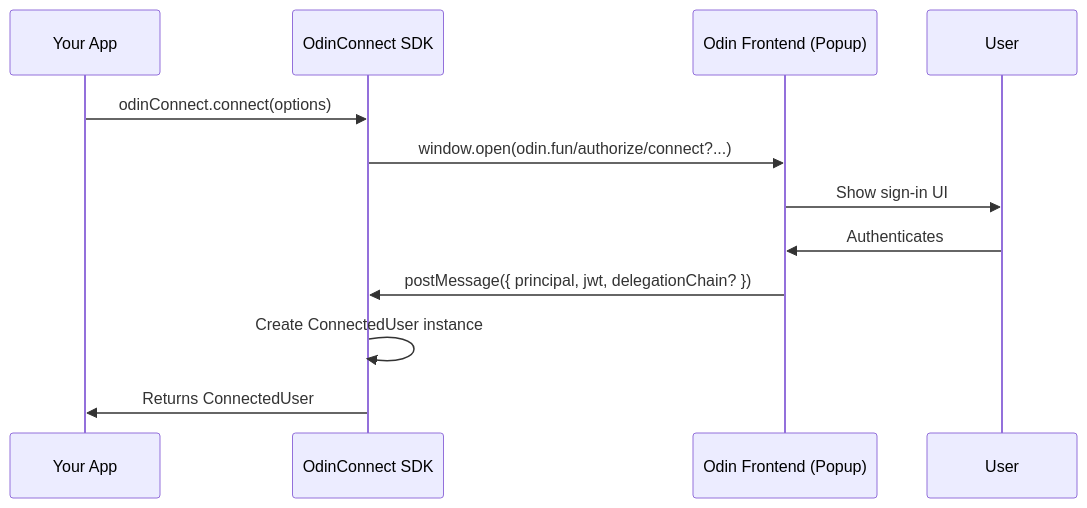
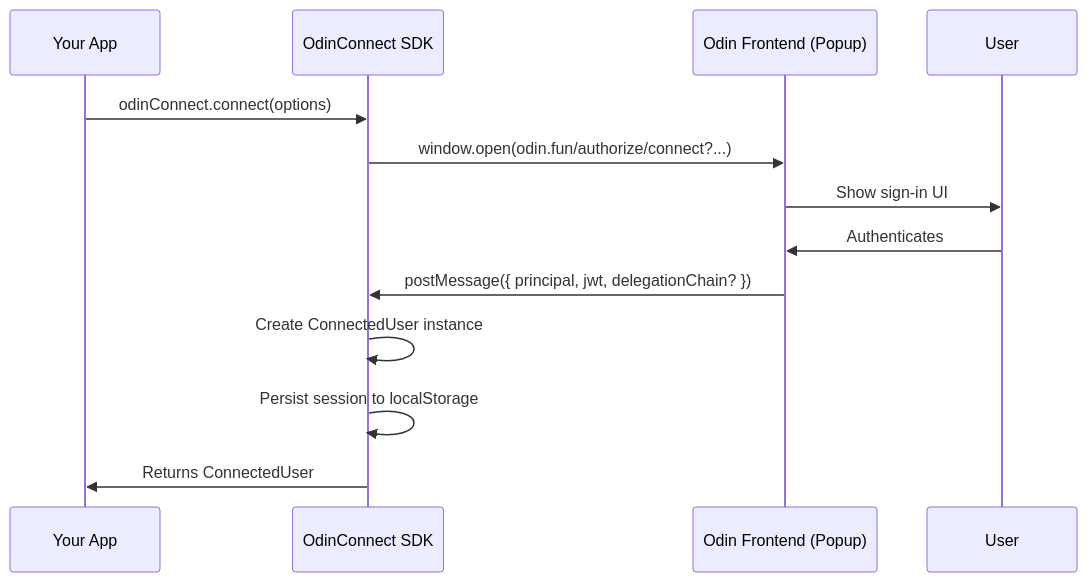
Before and after one commit to Toniq-Labs/odin-connect: the second of 4 diagrams in readme.md, drawn with Mermaid. The commit also changed other lines of this file, not shown here.

Commit message:
docs[86agptq83]: add session restoration documentation to README

````diff
--- a/readme.md
+++ b/readme.md
@@ -81,15 +82,16 @@
 ```mermaid
 sequenceDiagram
     participant App as Your App
     participant SDK as OdinConnect SDK
     participant Popup as Odin Frontend (Popup)
     participant User as User
 
     App->>SDK: odinConnect.connect(options)
     SDK->>Popup: window.open(odin.fun/authorize/connect?...)
     Popup->>User: Show sign-in UI
     User->>Popup: Authenticates
     Popup->>SDK: postMessage({ principal, jwt, delegationChain? })
     SDK->>SDK: Create ConnectedUser instance
+    SDK->>SDK: Persist session to localStorage
     SDK->>App: Returns ConnectedUser
 ```
````
